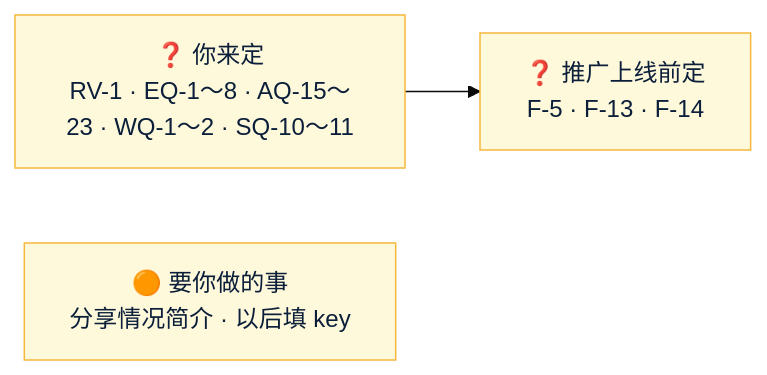
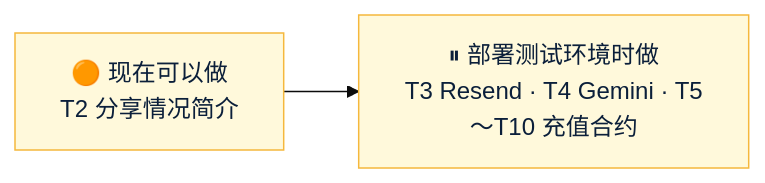
The diagram in Amos待办.md (dollar3651314/forecast), drawn with Mermaid (base theme) before and after one commit. The commit also changed other lines of this file, not shown here.

First line of the commit message:
Amos 待办 v1.8：问题全部答复 (#13)

````diff
--- a/Amos待办.md
+++ b/Amos待办.md
@@ -10,7 +10,6 @@
 ```mermaid
 flowchart LR
-    A["❓ 你来定<br/>RV-1 · EQ-1～8 · AQ-15～23 · WQ-1～2 · SQ-10～11"] --> B["❓ 推广上线前定<br/>F-5 · F-13 · F-14"]
-    T["🟠 要你做的事<br/>分享情况简介 · 以后填 key"]
+    T["🟠 现在可以做<br/>T2 分享情况简介"] --> D["⏸ 部署测试环境时做<br/>T3 Resend · T4 Gemini · T5～T10 充值合约"]
     classDef amos fill:#FFF9DB,stroke:#F5B83D,color:#0B1F3A
-    class A,B,T amos
+    class T,D amos
 ```
````
